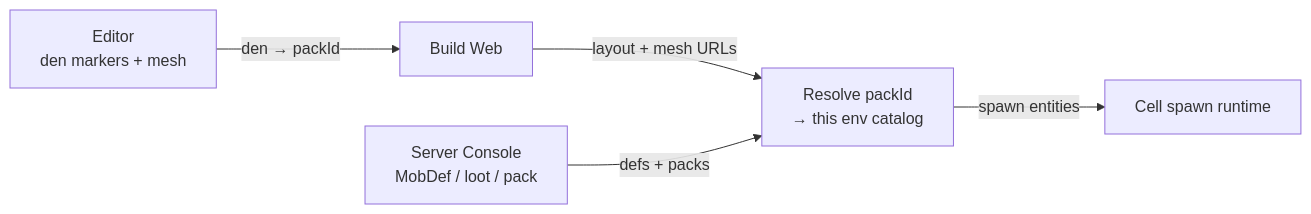
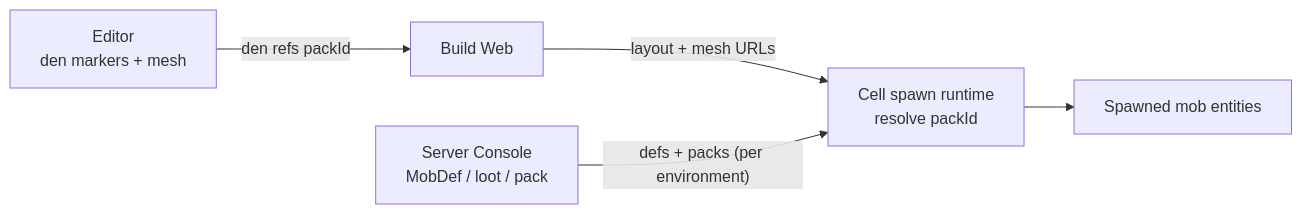
One commit to AlanGreyjoy/claudecitizen changed the third of 3 diagrams in docs/docs/architecture/mobs.md. Above: the diagram before and after it, drawn with Mermaid. The commit also changed other lines of this file and 49 other files, not shown here.

First line of the commit message:
feat(docs): update architecture documentation for character combat and locomotion

````diff
--- a/docs/docs/architecture/mobs.md
+++ b/docs/docs/architecture/mobs.md
@@ -207,12 +220,12 @@
 ```mermaid
 flowchart LR
   Editor["Editor<br/>den markers + mesh"]
+  Build["Build Web"]
   Console["Server Console<br/>MobDef / loot / pack"]
-  Build["Build Web"]
-  Resolve["Resolve packId<br/>→ this env catalog"]
-  Cell["Cell spawn runtime"]
-  Editor -->|"den → packId"| Build
-  Build -->|"layout + mesh URLs"| Resolve
-  Console -->|"defs + packs"| Resolve
-  Resolve -->|"spawn entities"| Cell
+  Cell["Cell spawn runtime<br/>resolve packId"]
+  Entities["Spawned mob entities"]
+  Editor -->|"den refs packId"| Build
+  Build -->|"layout + mesh URLs"| Cell
+  Console -->|"defs + packs (per environment)"| Cell
+  Cell --> Entities
 ```
````
